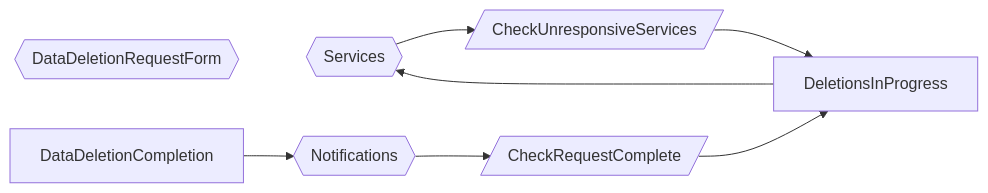
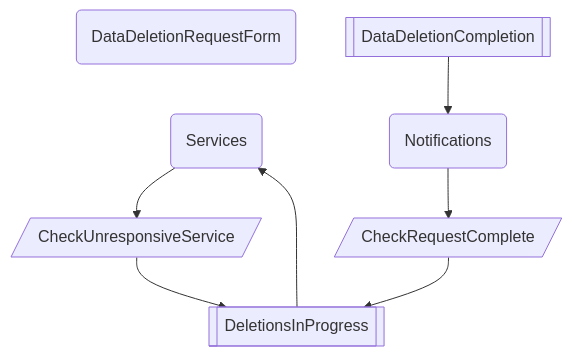
One commit to setms/book changed the first of 2 diagrams in docs/examples/gdpr/index.md. Above: the diagram before and after it, drawn with Mermaid. The commit also changed other lines of this file and 4 other files, not shown here.

````diff
--- a/docs/examples/gdpr/index.md
+++ b/docs/examples/gdpr/index.md
@@ -98,17 +98,17 @@
 ```mermaid
-flowchart LR
-  F{{DataDeletionRequestForm}}
-  S{{Services}}
-  N{{Notifications}}
-  CUS[/CheckUnresponsiveServices/]
-  CRC[/CheckRequestComplete/]
-  DIP[DeletionsInProgress]
-  DDC[DataDeletionCompletion]
+graph
+  dataDeletionRequestFormAggregate(DataDeletionRequestForm)
+  servicesAggregate(Services)
+  notificationsAggregate(Notifications)
+  deletionsInProgressReadModel[[DeletionsInProgress]]
+  dataDeletionCompletionReadModel[[DataDeletionCompletion]]
+  checkUnresponsiveServiceAutomaticPolicy[/CheckUnresponsiveService/]
+  checkRequestCompleteAutomaticPolicy[/CheckRequestComplete/]
 
-  S --> CUS
-  CUS --> DIP
-  DIP --> S
-  DDC --> N
-  N --> CRC
-  CRC --> DIP
+  servicesAggregate --> checkUnresponsiveServiceAutomaticPolicy
+  notificationsAggregate --> checkRequestCompleteAutomaticPolicy
+  deletionsInProgressReadModel --> servicesAggregate
+  dataDeletionCompletionReadModel --> notificationsAggregate
+  checkUnresponsiveServiceAutomaticPolicy --> deletionsInProgressReadModel
+  checkRequestCompleteAutomaticPolicy --> deletionsInProgressReadModel
 ```
````
